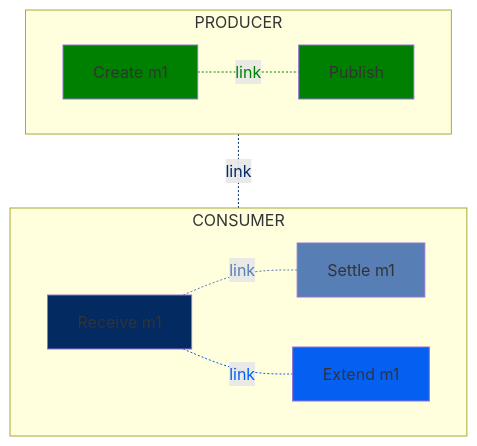
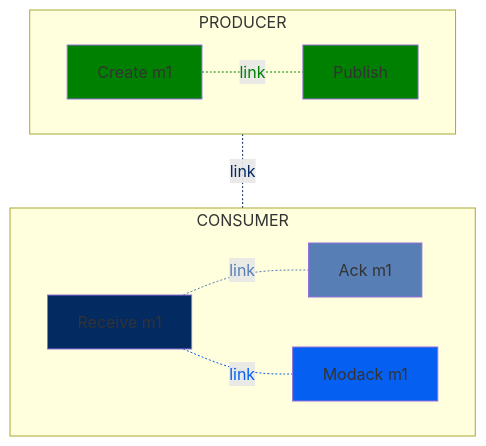
The second of 29 diagrams in docs/messaging/gcp-pubsub.md (alevenberg/semantic-conventions), drawn with Mermaid before and after one commit. The commit also changed other lines of this file, not shown here.

Commit message:
wip, change to ack/modack

````diff
--- a/docs/messaging/gcp-pubsub.md
+++ b/docs/messaging/gcp-pubsub.md
@@ -77,41 +77,41 @@
 ```mermaid
 flowchart TD;
   subgraph CONSUMER
   direction LR
   R1[Receive m1]
-  SM1[Settle m1]
-  EM1[Extend m1]
+  SM1[Ack m1]
+  EM1[Modack m1]
   end
   subgraph PRODUCER
   direction LR
   CM1[Create m1]
   PM1[Publish]
   end
   %% Link 2
   CM1-. link .-PM1;
   %% Link 3
   CM1-. link .-R1;
   %% Link 4
   R1-. link .-SM1;
   R1-. link .-EM1;
 
   %% Style the node and corresponding link
   %% Producer links and nodes
   classDef producer fill:green
   class PM1,CM1 producer
   linkStyle 0 color:green,stroke:green
 
   %% Consumer links and nodes
   classDef consumer fill:#032a61
   class R1 consumer
   linkStyle 1 color:#032a61,stroke:#032a61
 
   classDef ack fill:#577eb5
   class SM1 ack
   linkStyle 2 color:#577eb5,stroke:#577eb5
 
 
   classDef lease fill:#0560f2
   class EM1 lease
   linkStyle 3 color:#0560f2,stroke:#0560f2
 ```
````
